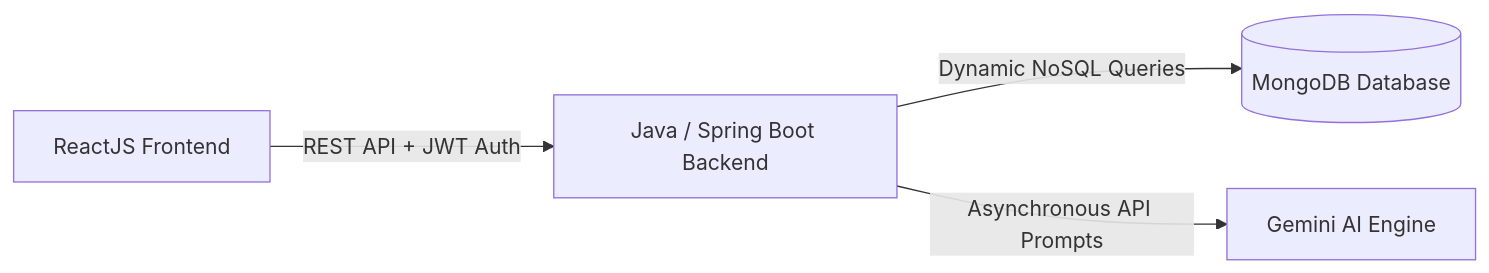
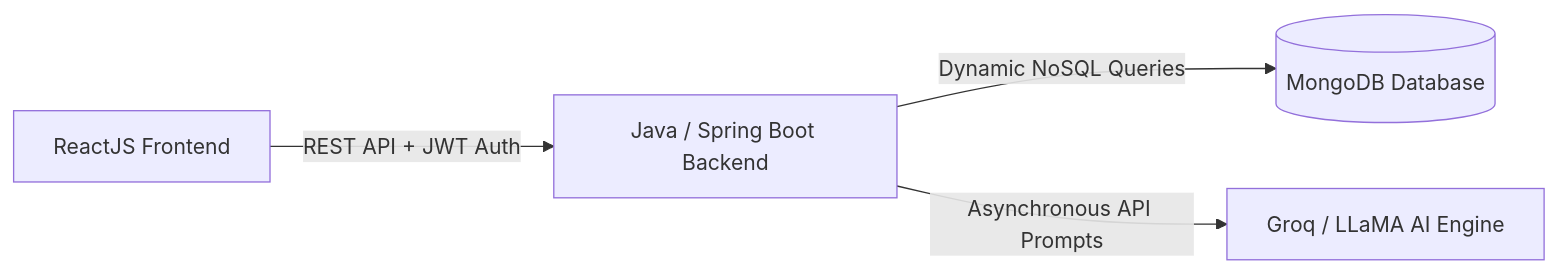
The diagram in README.md (Payal-Jadhao/DevPrepPal), drawn with Mermaid before and after one commit. The commit also changed other lines of this file and 5 other files, not shown here.

Commit message:
Configure Spring Boot backend with Render Docker deployment and Vercel SPA routing

````diff
--- a/README.md
+++ b/README.md
@@ -11,6 +9,6 @@
- ```mermaid
- graph LR
- A[ReactJS Frontend] -->|REST API + JWT Auth| B[Java / Spring Boot Backend]
- B -->|Dynamic NoSQL Queries| C[(MongoDB Database)]
- B -->|Asynchronous API Prompts| D[Gemini AI Engine]
- ```
+```mermaid
+graph LR
+A[ReactJS Frontend] -->|REST API + JWT Auth| B[Java / Spring Boot Backend]
+B -->|Dynamic NoSQL Queries| C[(MongoDB Database)]
+B -->|Asynchronous API Prompts| D[Groq / LLaMA AI Engine]
+```
````
